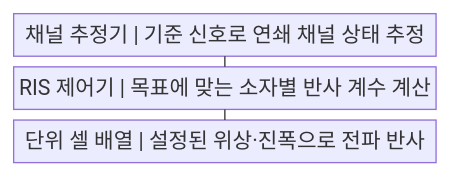
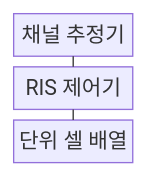
One commit to agnusdei1207/knowledge-base changed the first of 2 diagrams in src/content/docs/notes/04-network/043_reconfigurable_intelligent_surface.md. Above: the diagram before and after it, drawn with Mermaid. The commit also changed 122 other files, not shown here.

````diff
--- a/src/content/docs/notes/04-network/043_reconfigurable_intelligent_surface.md
+++ b/src/content/docs/notes/04-network/043_reconfigurable_intelligent_surface.md
@@ -55,9 +55,9 @@
 ```mermaid
-block
+block-beta
     columns 1
-    A["채널 추정기 | 기준 신호로 연쇄 채널 상태 추정"]
-    B["RIS 제어기 | 목표에 맞는 소자별 반사 계수 계산"]
-    C["단위 셀 배열 | 설정된 위상·진폭으로 전파 반사"]
+    A["채널 추정기"]
+    B["RIS 제어기"]
+    C["단위 셀 배열"]
     A --- B
     B --- C
 ```
````
